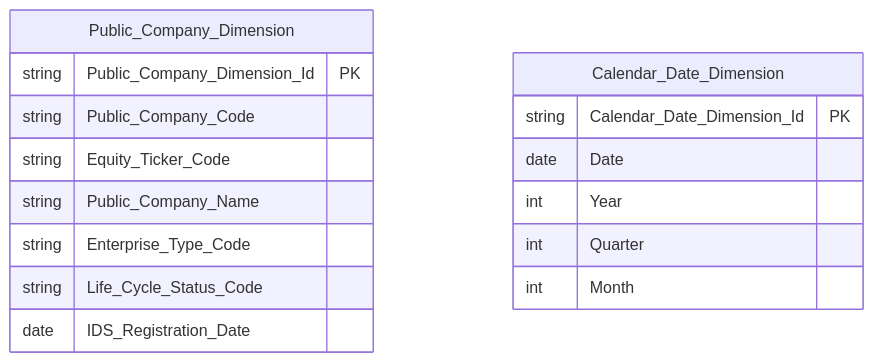
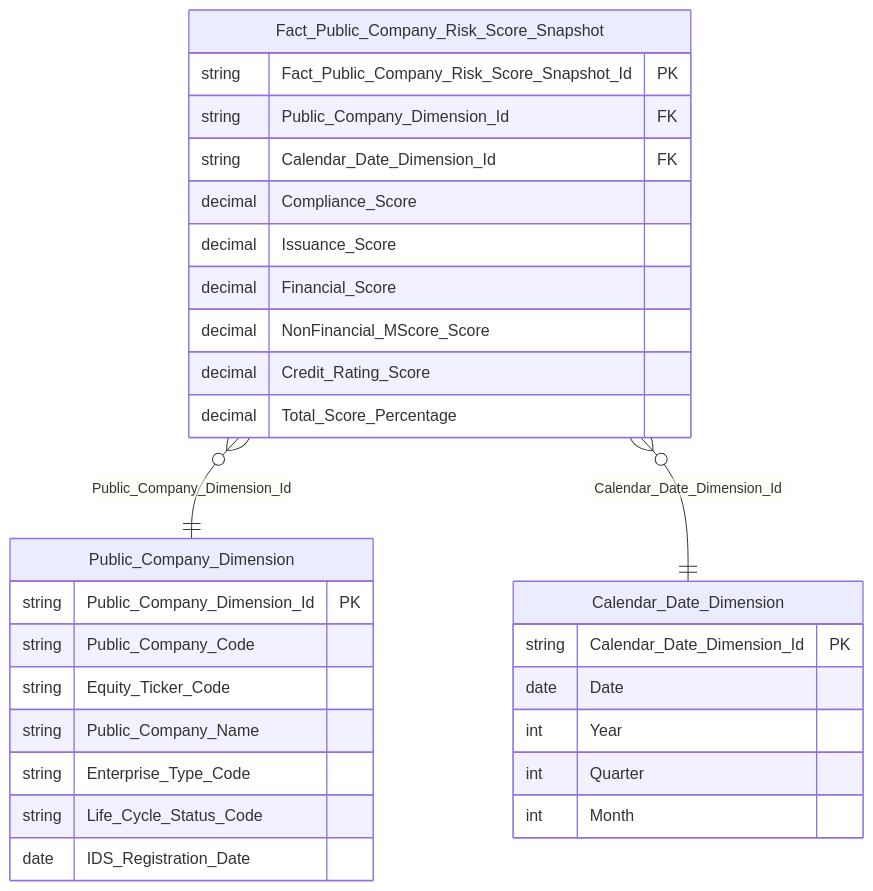
Before and after one commit to linhlvit/ubck_atomic_design: the ninth of 15 diagrams in Datamart/hld/DTM_GSDC_HLD.md, drawn with Mermaid. The commit also changed other lines of this file and 24 other files, not shown here.

````diff
--- a/Datamart/hld/DTM_GSDC_HLD.md
+++ b/Datamart/hld/DTM_GSDC_HLD.md
@@ -182,20 +351,35 @@
 ```mermaid
 erDiagram
+    Fact_Public_Company_Risk_Score_Snapshot {
+        string Fact_Public_Company_Risk_Score_Snapshot_Id PK
+        string Public_Company_Dimension_Id FK
+        string Calendar_Date_Dimension_Id FK
+        decimal Compliance_Score
+        decimal Issuance_Score
+        decimal Financial_Score
+        decimal NonFinancial_MScore_Score
+        decimal Credit_Rating_Score
+        decimal Total_Score_Percentage
+    }
+
     Public_Company_Dimension {
         string Public_Company_Dimension_Id PK
         string Public_Company_Code
         string Equity_Ticker_Code
         string Public_Company_Name
         string Enterprise_Type_Code
         string Life_Cycle_Status_Code
         date IDS_Registration_Date
     }
 
     Calendar_Date_Dimension {
         string Calendar_Date_Dimension_Id PK
         date Date
         int Year
         int Quarter
         int Month
     }
+
+    Fact_Public_Company_Risk_Score_Snapshot }o--|| Public_Company_Dimension : "Public_Company_Dimension_Id"
+    Fact_Public_Company_Risk_Score_Snapshot }o--|| Calendar_Date_Dimension : "Calendar_Date_Dimension_Id"
 ```
````
